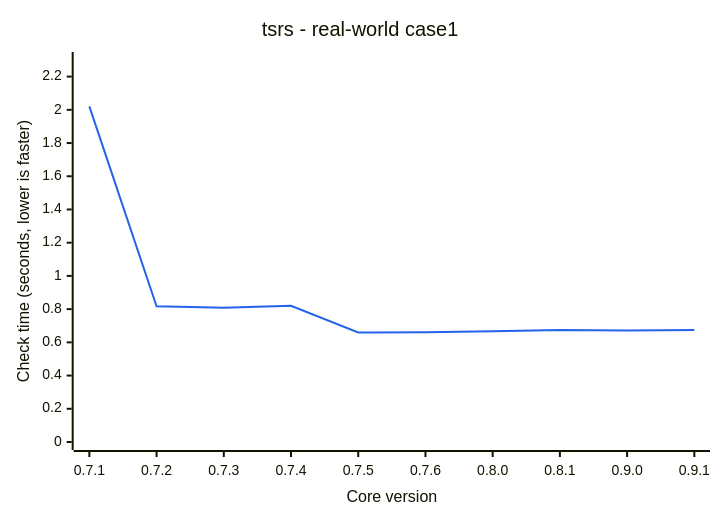
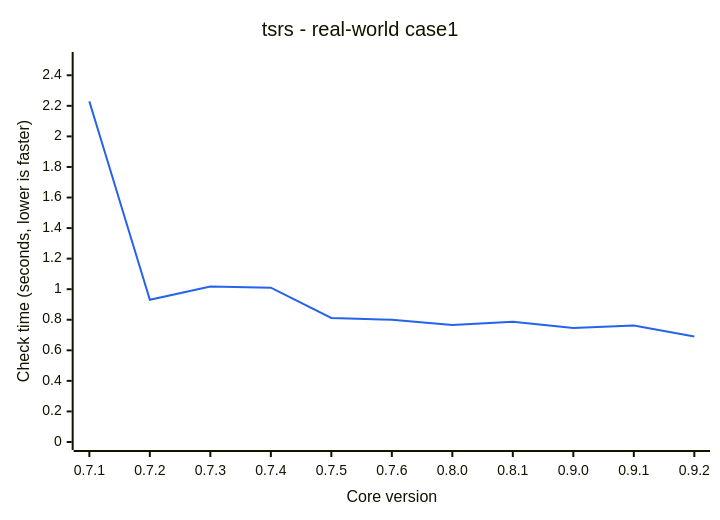
One commit to ismailkarsli/TypeSQL changed the diagram in README.md. Above: the diagram before and after it, drawn with Mermaid. The commit also changed other lines of this file and 25 other files, not shown here.

````diff
--- a/README.md
+++ b/README.md
@@ -149,13 +149,13 @@
 ```mermaid
 ---
 config:
   themeVariables:
     xyChart:
       plotColorPalette: "#2563eb"
 ---
 xychart-beta
     title "tsrs - real-world case1"
-    x-axis "Core version" ["0.7.1", "0.7.2", "0.7.3", "0.7.4", "0.7.5", "0.7.6", "0.8.0", "0.8.1", "0.9.0", "0.9.1"]
-    y-axis "Check time (seconds, lower is faster)" 0 --> 2.3
-    line [2.021, 0.817, 0.809, 0.82, 0.659, 0.661, 0.667, 0.675, 0.671, 0.674]
+    x-axis "Core version" ["0.7.1", "0.7.2", "0.7.3", "0.7.4", "0.7.5", "0.7.6", "0.8.0", "0.8.1", "0.9.0", "0.9.1", "0.9.2"]
+    y-axis "Check time (seconds, lower is faster)" 0 --> 2.5
+    line [2.229, 0.931, 1.018, 1.01, 0.812, 0.8, 0.766, 0.787, 0.746, 0.763, 0.69]
 ```
````
